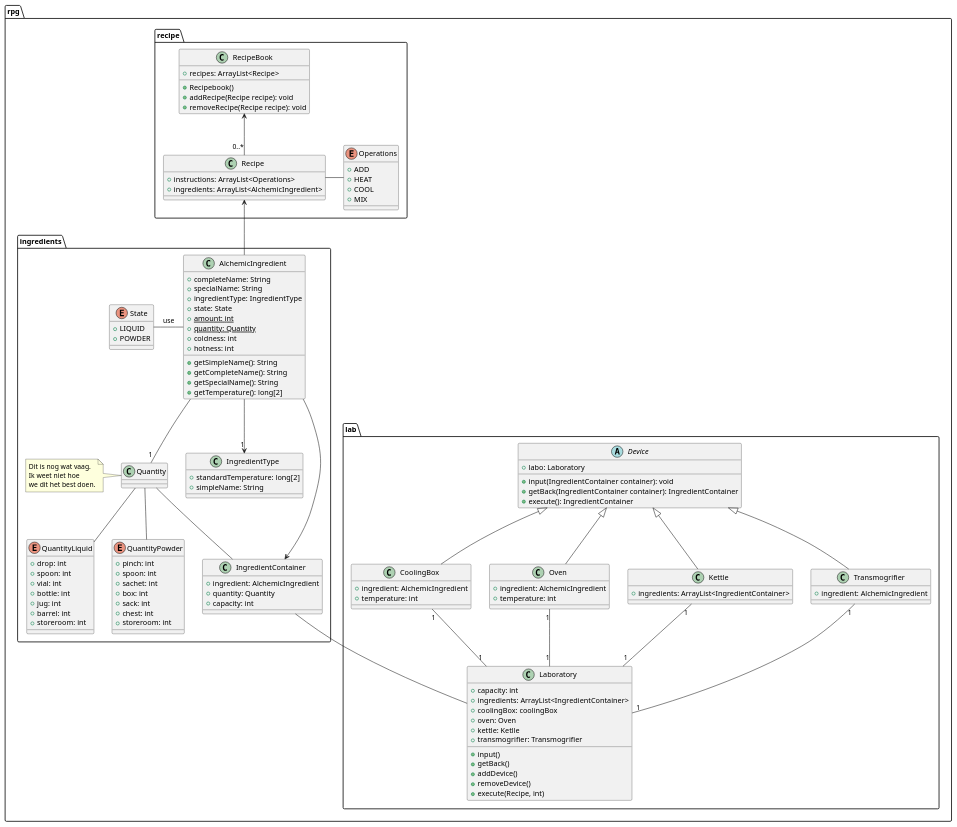
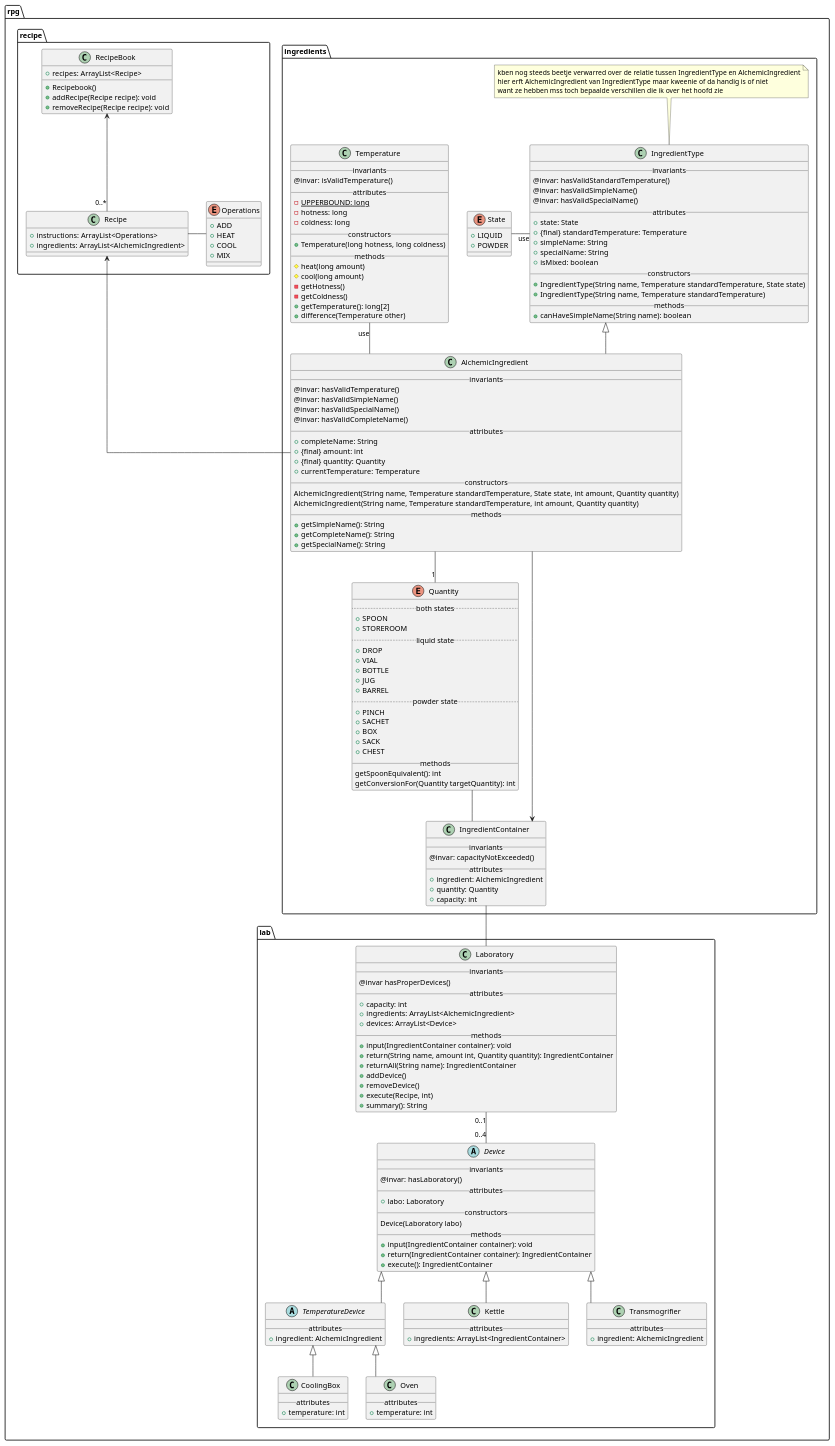
The diagram in class-diagram/flor.puml (vanschependom/KULAK_ogp-examenproject), drawn with PlantUML before and after one commit.

Commit message:
Changes to my class diagram

```diff
--- a/class-diagram/flor.puml
+++ b/class-diagram/flor.puml
@@ -1,47 +1,101 @@
 @startuml
+
+skinparam linetype ortho
 
 package rpg {
 
 package ingredients {
 
-class IngredientType {
-+ standardTemperature: long[2]
-+ simpleName: String
-}
-
-class AlchemicIngredient {
+class AlchemicIngredient extends IngredientType {
+__invariants__
+@invar: hasValidTemperature()
+@invar: hasValidSimpleName()
+@invar: hasValidSpecialName()
+@invar: hasValidCompleteName()
+__attributes__
 + completeName: String
-+ specialName: String
-+ ingredientType: IngredientType
-+ state: State
-+ {static} amount: int
-+ {static} quantity: Quantity
-+ coldness: int
-+ hotness: int
-
++ {final} amount: int
++ {final} quantity: Quantity
++ currentTemperature: Temperature
+__constructors__
+AlchemicIngredient(String name, Temperature standardTemperature, State state, int amount, Quantity quantity)
+AlchemicIngredient(String name, Temperature standardTemperature, int amount, Quantity quantity)
+__methods__
 + getSimpleName(): String
 + getCompleteName(): String
 + getSpecialName(): String
-+ getTemperature(): long[2]
 }
 
+class IngredientType {
+'total programming
+__invariants__
+@invar: hasValidStandardTemperature()
+@invar: hasValidSimpleName()
+@invar: hasValidSpecialName()
+__attributes__
++ state: State
++ {final} standardTemperature: Temperature
++ simpleName: String
++ specialName: String
++ isMixed: boolean
+__constructors__
++ IngredientType(String name, Temperature standardTemperature, State state)
++ IngredientType(String name, Temperature standardTemperature)
+__methods__
++ canHaveSimpleName(String name): boolean
+}
+
+note top of IngredientType: kben nog steeds beetje verwarred over de relatie tussen IngredientType en AlchemicIngredient\n\
+hier erft AlchemicIngredient van IngredientType maar kweenie of da handig is of niet \n\
+want ze hebben mss toch bepaalde verschillen die ik over het hoofd zie
+
 class IngredientContainer {
+__invariants__
+@invar: capacityNotExceeded()
+__attributes__
 + ingredient: AlchemicIngredient
 + quantity: Quantity
 + capacity: int
 }
 
-class Quantity {
+enum Quantity {
+'nominal programming
+..both states..
++ SPOON
++ STOREROOM
+..liquid state..
++ DROP
++ VIAL
++ BOTTLE
++ JUG
++ BARREL
+..powder state..
++ PINCH
++ SACHET
++ BOX
++ SACK
++ CHEST
+__methods__
+getSpoonEquivalent(): int
+getConversionFor(Quantity targetQuantity): int
 }
 
-enum QuantityLiquid {
-+ drop: int
-+ spoon: int
-+ vial: int
-+ bottle: int
-+ jug: int
-+ barrel: int
-+ storeroom: int
+class Temperature {
+__invariants__
+@invar: isValidTemperature()
+__attributes__
+- {static} UPPERBOUND: long
+- hotness: long
+- coldness: long
+__constructors__
++ Temperature(long hotness, long coldness)
+__methods__
+# heat(long amount)
+# cool(long amount)
+- getHotness()
+- getColdness()
++ getTemperature(): long[2]
++ difference(Temperature other)
 }
 
 enum State {
@@ -49,74 +103,73 @@
 + POWDER
 }
 
-enum QuantityPowder {
-+ pinch: int
-+ spoon: int
-+ sachet: int
-+ box: int
-+ sack: int
-+ chest: int
-+ storeroom: int
-}
+IngredientContainer <-- AlchemicIngredient
+AlchemicIngredient -- "1" Quantity
+Quantity -- IngredientContainer
+State - IngredientType : use
+Temperature -- AlchemicIngredient: use
 
-IngredientContainer <-- AlchemicIngredient
-AlchemicIngredient --> "1" IngredientType
-AlchemicIngredient -- "1" Quantity
-Quantity -- QuantityLiquid
-Quantity -- QuantityPowder
-Quantity -- IngredientContainer
-State - AlchemicIngredient : use
-
-note left of Quantity: Dit is nog wat vaag. \nIk weet niet hoe \nwe dit het best doen.
 }
 
 package lab {
 
 abstract Device {
+__invariants__
+@invar: hasLaboratory()
+__attributes__
 + labo: Laboratory
-
+__constructors__
+Device(Laboratory labo)
+__methods__
 + input(IngredientContainer container): void
-+ getBack(IngredientContainer container): IngredientContainer
++ return(IngredientContainer container): IngredientContainer
 + execute(): IngredientContainer
 }
 
-class CoolingBox extends Device {
+abstract TemperatureDevice extends Device {
+__attributes__
 + ingredient: AlchemicIngredient
+}
+
+class CoolingBox extends TemperatureDevice {
+__attributes__
 + temperature: int
 }
 
-class Oven extends Device {
-+ ingredient: AlchemicIngredient
+class Oven extends TemperatureDevice {
+__attributes__
 + temperature: int
 }
 
 class Kettle extends Device {
+__attributes__
 + ingredients: ArrayList<IngredientContainer>
 }
 
 class Transmogrifier extends Device {
+__attributes__
 + ingredient: AlchemicIngredient
 }
 
 class Laboratory {
+'defensive programming
+__invariants__
+@invar hasProperDevices()
+__attributes__
 + capacity: int
-+ ingredients: ArrayList<IngredientContainer>
-+ coolingBox: coolingBox
-+ oven: Oven
-+ kettle: Ketlle
-+ transmogrifier: Transmogrifier
-
-+ input()
-+ getBack()
++ ingredients: ArrayList<AlchemicIngredient>
++ devices: ArrayList<Device>
+__methods__
++ input(IngredientContainer container): void
++ return(String name, amount int, Quantity quantity): IngredientContainer
++ returnAll(String name): IngredientContainer
 + addDevice()
 + removeDevice()
 + execute(Recipe, int)
++ summary(): String
 }
 
-CoolingBox "1" -- "1" Laboratory
-Oven "1" -- "1" Laboratory
-Kettle "1" -- "1" Laboratory
-Transmogrifier "1" -- "1" Laboratory
+Laboratory "0..1" -- "0..4" Device
 
 }
 
```
